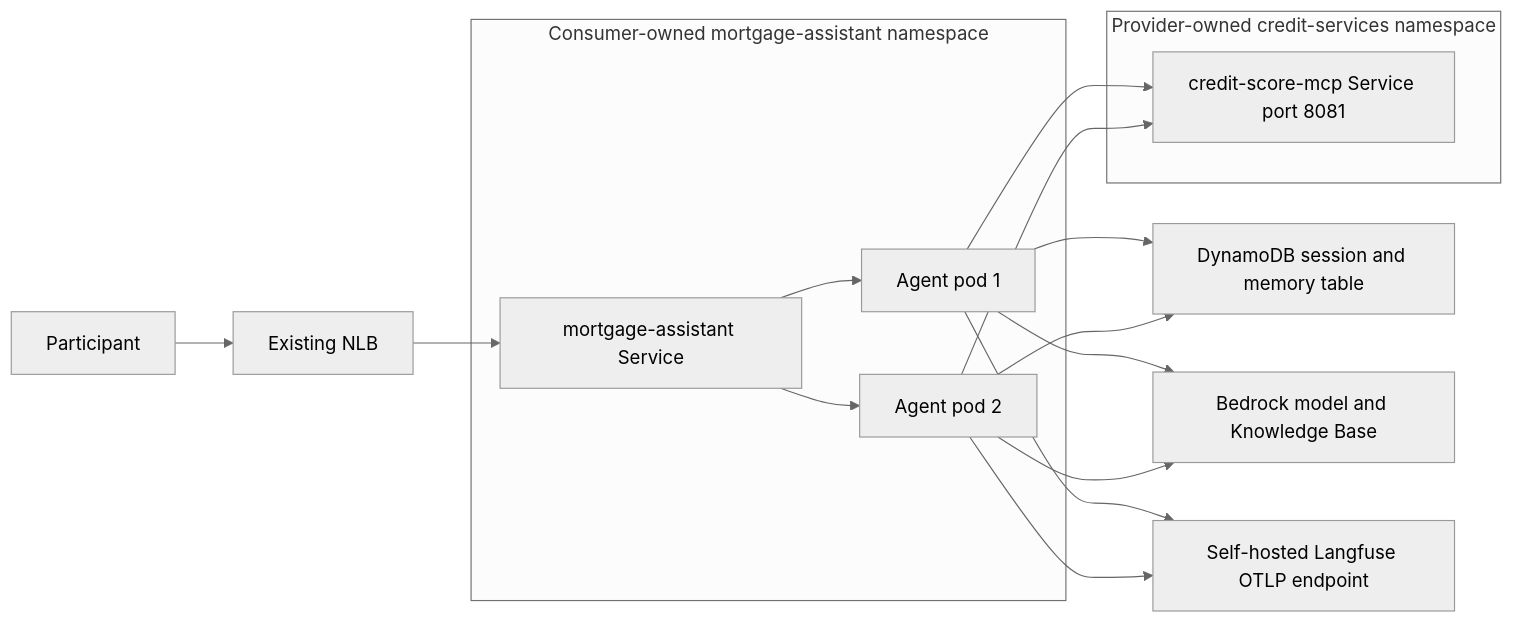
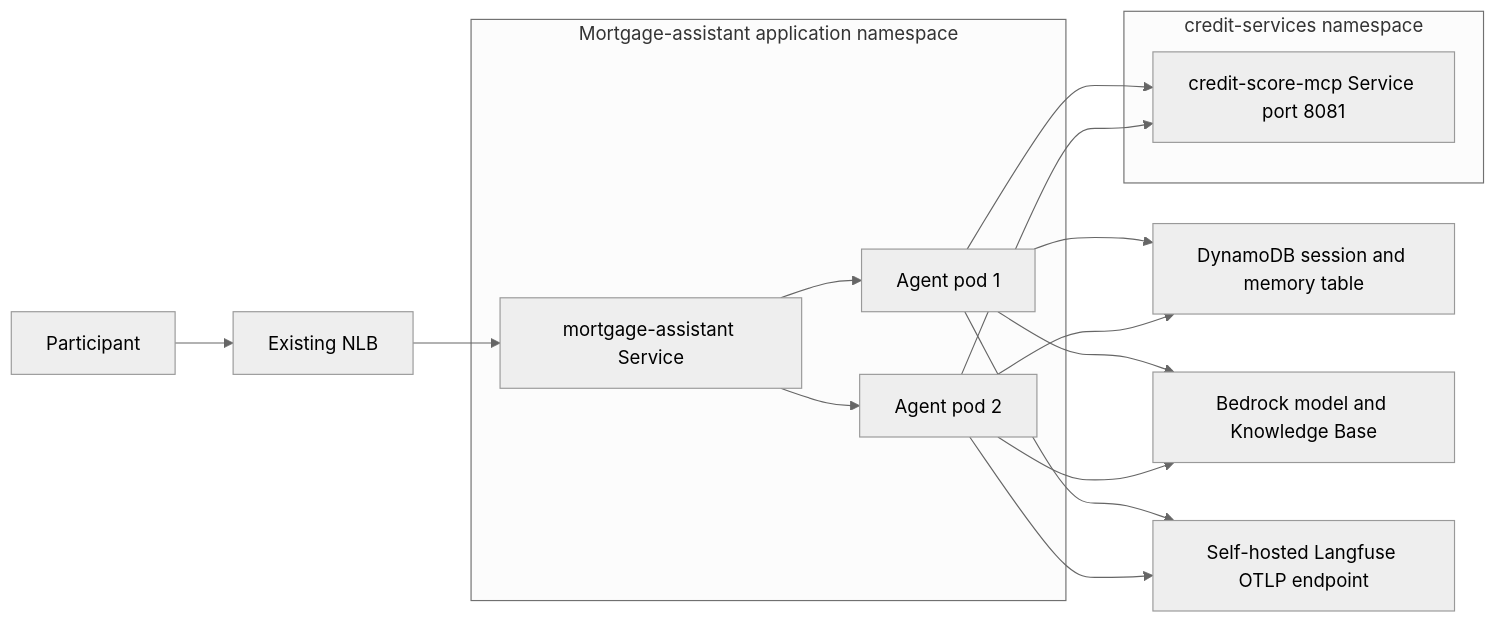
The diagram in 06-mcp-credit-score/README.md (santoshkulk/agent-eks), drawn with Mermaid (neutral theme) before and after one commit. The commit also changed other lines of this file and 7 other files, not shown here.

````diff
--- a/06-mcp-credit-score/README.md
+++ b/06-mcp-credit-score/README.md
@@ -16,25 +16,25 @@
 ```mermaid
 flowchart LR
     participant[Participant] --> nlb[Existing NLB]
     nlb --> service[mortgage-assistant Service]
     service --> pod1[Agent pod 1]
     service --> pod2[Agent pod 2]
     pod1 --> memory[DynamoDB session and memory table]
     pod2 --> memory
     pod1 --> kb[Bedrock model and Knowledge Base]
     pod2 --> kb
     pod1 --> mcp[credit-score-mcp Service port 8081]
     pod2 --> mcp
     pod1 --> langfuse[Self-hosted Langfuse OTLP endpoint]
     pod2 --> langfuse
 
-    subgraph consumer[Consumer-owned mortgage-assistant namespace]
+    subgraph consumer[Mortgage-assistant application namespace]
         service
         pod1
         pod2
     end
 
-    subgraph provider[Provider-owned credit-services namespace]
+    subgraph mcpserver[credit-services namespace]
         mcp
     end
 ```
````
